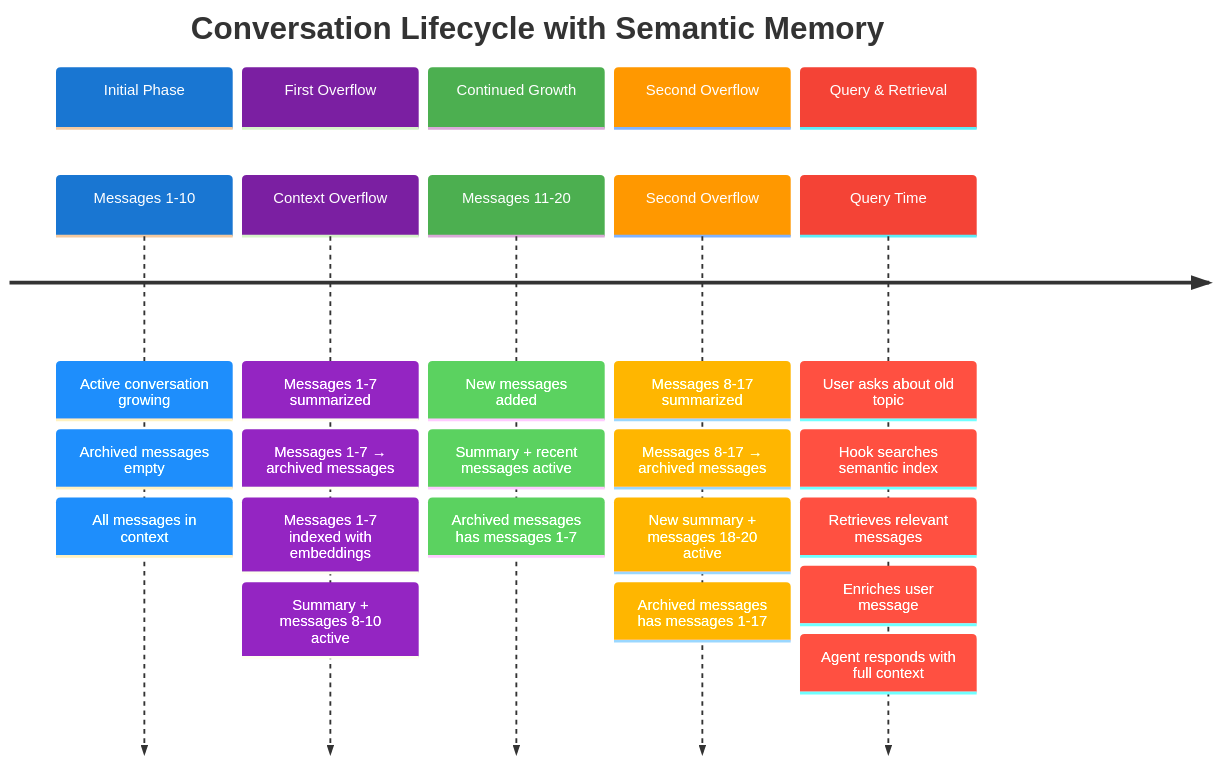
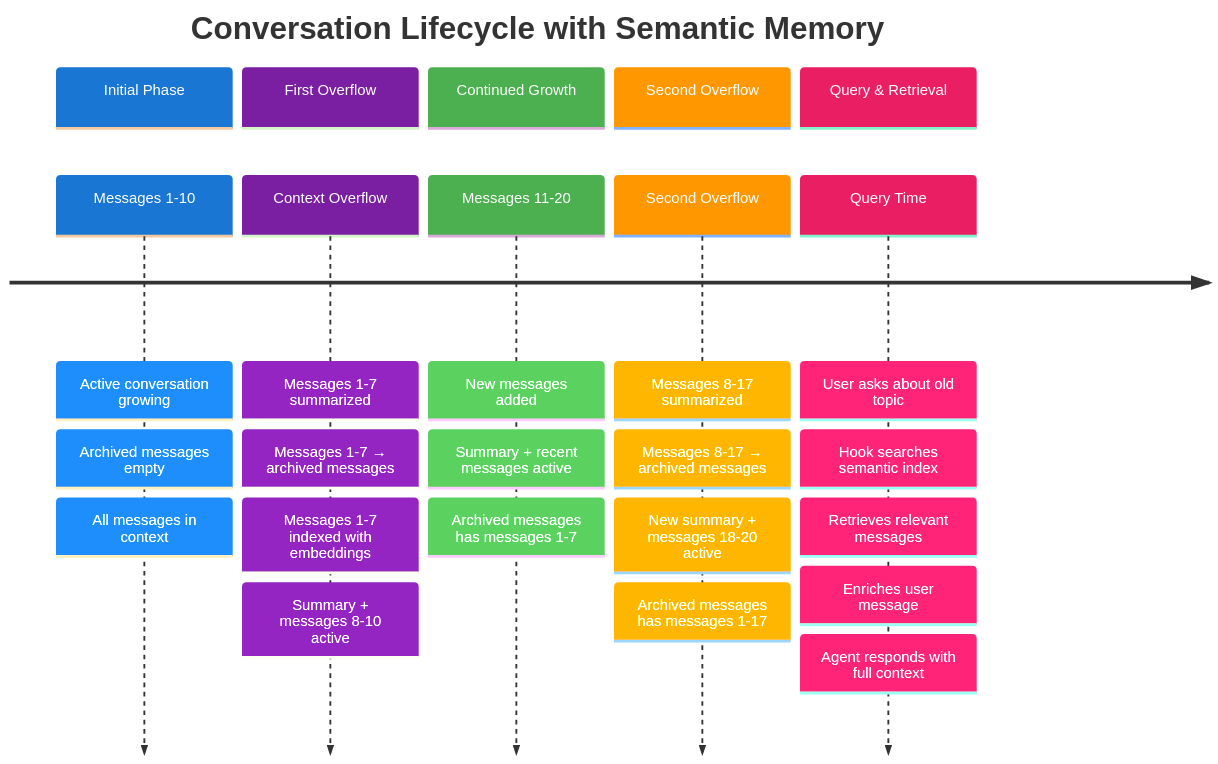
Before and after one commit to danilop/strands-agents-semantic-summarizing-conversation-manager: the third of 5 diagrams in README.md, drawn with Mermaid.

Commit message:
Replace pure red with pink/magenta for final section
- Change cScale4 from pure red (#F44336) to pink/magenta (#E91E63)
- Creates softer, more balanced color palette
- Maintains vibrant tube map aesthetic without harsh red

````diff
--- a/README.md
+++ b/README.md
@@ -253,48 +253,48 @@
 ```mermaid
 %%{init: {
   'theme': 'base',
   'themeVariables': {
     'cScale0': '#1976D2',
     'cScale1': '#7B1FA2',
     'cScale2': '#4CAF50',
     'cScale3': '#FF9800',
-    'cScale4': '#F44336',
+    'cScale4': '#E91E63',
     'cScaleLabel0': '#FFF',
     'cScaleLabel1': '#FFF',
     'cScaleLabel2': '#FFF',
     'cScaleLabel3': '#FFF',
     'cScaleLabel4': '#FFF'
   }
 }}%%
 timeline
     title Conversation Lifecycle with Semantic Memory
 
     section Initial Phase
         Messages 1-10           : Active conversation growing
                                 : Archived messages empty
                                 : All messages in context
 
     section First Overflow
         Context Overflow        : Messages 1-7 summarized
                                 : Messages 1-7 → archived messages
                                 : Messages 1-7 indexed with embeddings
                                 : Summary + messages 8-10 active
 
     section Continued Growth
         Messages 11-20          : New messages added
                                 : Summary + recent messages active
                                 : Archived messages has messages 1-7
 
     section Second Overflow
         Second Overflow         : Messages 8-17 summarized
                                 : Messages 8-17 → archived messages
                                 : New summary + messages 18-20 active
                                 : Archived messages has messages 1-17
 
     section Query & Retrieval
         Query Time              : User asks about old topic
                                 : Hook searches semantic index
                                 : Retrieves relevant messages
                                 : Enriches user message
                                 : Agent responds with full context
 ```
````
